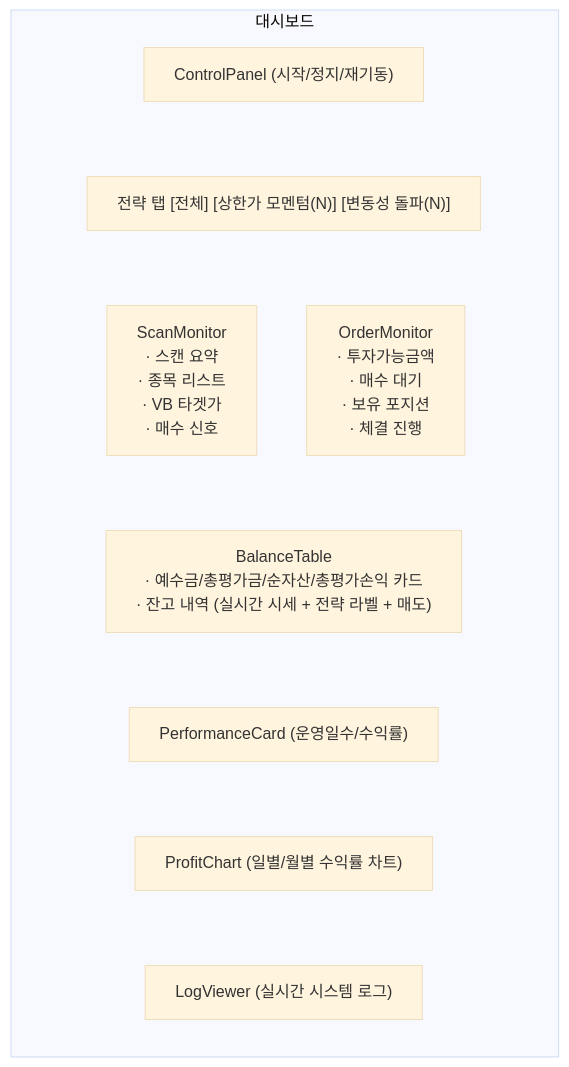
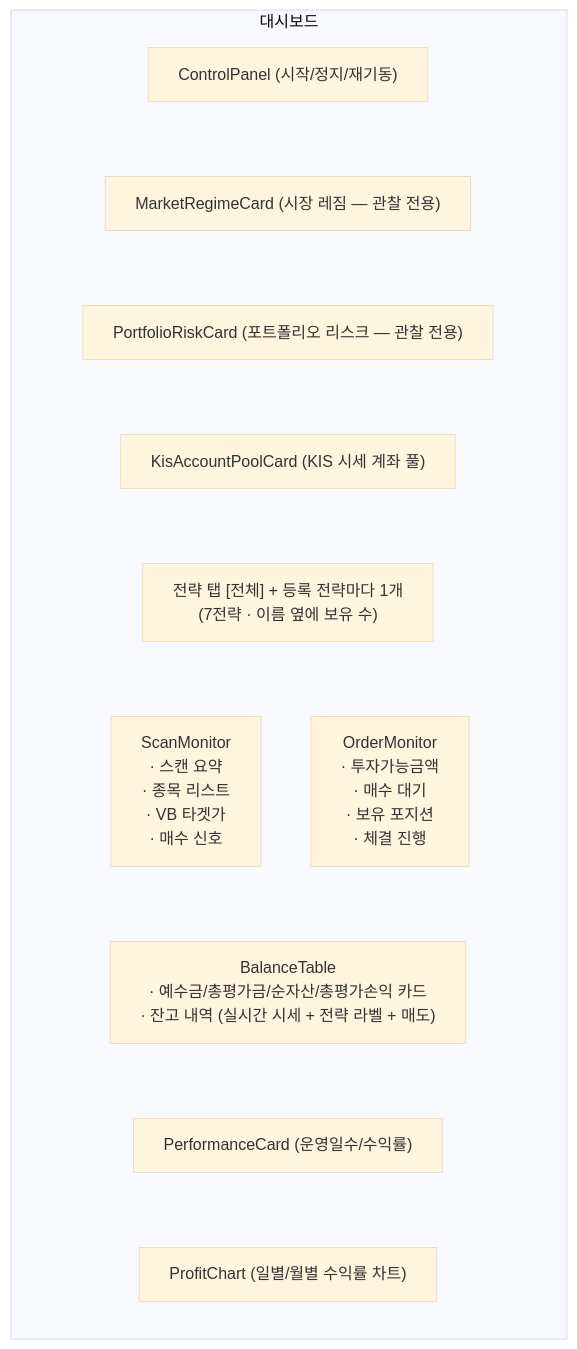
Diagram 17 of 25 in docs/architecture.md (canduk910/auto_stock), drawn with Mermaid (base theme) before and after one commit. The commit also changed other lines of this file and 4 other files, not shown here.

First line of the commit message:
docs: architecture.md 를 7전략 전체로 확대(§4 엔진 그림·멤버 표, §8 매수 신호 흐름 8.3~8.7) + Mermaid 때 찾은 불일치 정리(컨테이너 3개·배포 모드·README kojiro·깨진 앵커) + param_drift.py 모듈 맵 + cycle363 행 정정 부기

````diff
--- a/docs/architecture.md
+++ b/docs/architecture.md
@@ -692,23 +1006,27 @@
 ```mermaid
 %%{init: {"flowchart": {"wrappingWidth": 360}}}%%
 flowchart TB
     subgraph PAGE["대시보드"]
         direction TB
         CP["ControlPanel (시작/정지/재기동)"]
-        TAB["전략 탭 [전체] [상한가 모멘텀(N)] [변동성 돌파(N)]"]
+        MR["MarketRegimeCard (시장 레짐 — 관찰 전용)"]
+        PR["PortfolioRiskCard (포트폴리오 리스크 — 관찰 전용)"]
+        KP["KisAccountPoolCard (KIS 시세 계좌 풀)"]
+        TAB["전략 탭 [전체] + 등록 전략마다 1개<br/>(7전략 · 이름 옆에 보유 수)"]
         SM["ScanMonitor<br/>· 스캔 요약<br/>· 종목 리스트<br/>· VB 타겟가<br/>· 매수 신호"]
         OM["OrderMonitor<br/>· 투자가능금액<br/>· 매수 대기<br/>· 보유 포지션<br/>· 체결 진행"]
         BT["BalanceTable<br/>· 예수금/총평가금/순자산/총평가손익 카드<br/>· 잔고 내역 (실시간 시세 + 전략 라벨 + 매도)"]
         PC["PerformanceCard (운영일수/수익률)"]
         CH["ProfitChart (일별/월별 수익률 차트)"]
-        LV["LogViewer (실시간 시스템 로그)"]
-        CP ~~~ TAB
+        CP ~~~ MR
+        MR ~~~ PR
+        PR ~~~ KP
+        KP ~~~ TAB
         TAB ~~~ SM
         TAB ~~~ OM
         SM ~~~ BT
         OM ~~~ BT
         BT ~~~ PC
         PC ~~~ CH
-        CH ~~~ LV
     end
 ```
````
